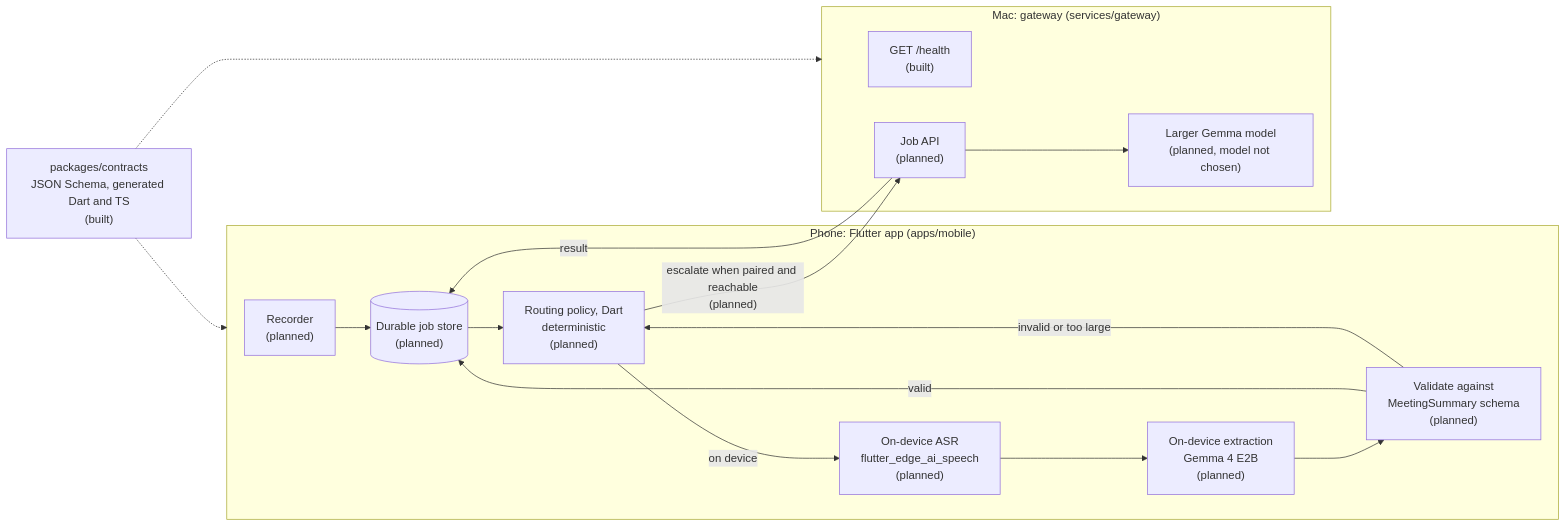
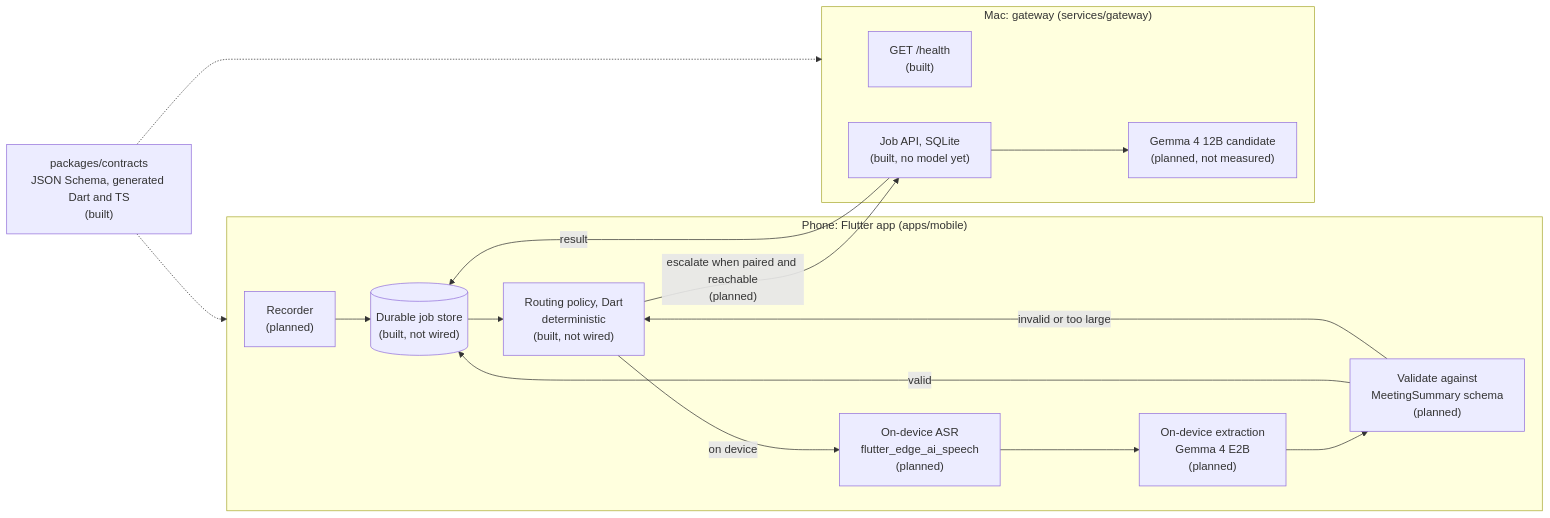
One commit to rahul14rz/fieldnote-edge changed the diagram in docs/architecture.md. Above: the diagram before and after it, drawn with Mermaid. The commit also changed other lines of this file and 5 other files, not shown here.

Commit message:
docs: record the gateway job API and Milestone 1 progress

````diff
--- a/docs/architecture.md
+++ b/docs/architecture.md
@@ -7,30 +7,30 @@
 ```mermaid
 flowchart LR
   subgraph phone["Phone: Flutter app (apps/mobile)"]
     rec["Recorder<br/>(planned)"]
     asr["On-device ASR<br/>flutter_edge_ai_speech<br/>(planned)"]
     llm["On-device extraction<br/>Gemma 4 E2B<br/>(planned)"]
     val["Validate against<br/>MeetingSummary schema<br/>(planned)"]
-    route["Routing policy, Dart<br/>deterministic<br/>(planned)"]
-    jobs[("Durable job store<br/>(planned)")]
+    route["Routing policy, Dart<br/>deterministic<br/>(built, not wired)"]
+    jobs[("Durable job store<br/>(built, not wired)")]
     rec --> jobs
     jobs --> route
     route -->|on device| asr --> llm --> val
     val -->|valid| jobs
     val -->|invalid or too large| route
   end
 
   subgraph mac["Mac: gateway (services/gateway)"]
     health["GET /health<br/>(built)"]
-    api["Job API<br/>(planned)"]
-    big["Larger Gemma model<br/>(planned, model not chosen)"]
+    api["Job API, SQLite<br/>(built, no model yet)"]
+    big["Gemma 4 12B candidate<br/>(planned, not measured)"]
     api --> big
   end
 
   route -->|"escalate when paired and reachable<br/>(planned)"| api
   api -->|result| jobs
 
   contracts["packages/contracts<br/>JSON Schema, generated Dart and TS<br/>(built)"]
   contracts -.-> phone
   contracts -.-> mac
 ```
````
